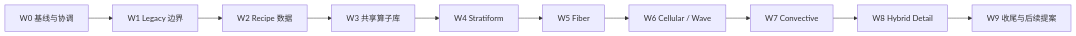
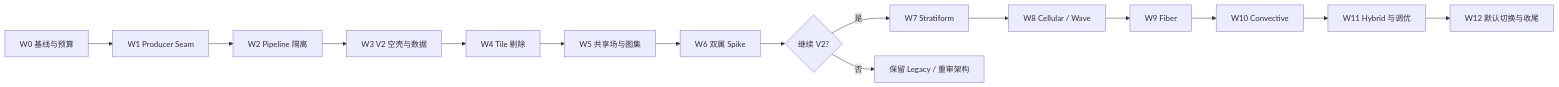
Before and after one commit to Heliostest/procedural-clouds: the second of 2 diagrams in docs/roadmap-refactor.md, drawn with Mermaid. The commit also changed other lines of this file and 12 other files, not shown here.

````diff
--- a/docs/roadmap-refactor.md
+++ b/docs/roadmap-refactor.md
@@ -92,12 +159,17 @@
 ```mermaid
 flowchart LR
-    W0["W0 基线与协调"] --> W1["W1 Legacy 边界"]
-    W1 --> W2["W2 Recipe 数据"]
-    W2 --> W3["W3 共享算子库"]
-    W3 --> W4["W4 Stratiform"]
-    W4 --> W5["W5 Fiber"]
-    W5 --> W6["W6 Cellular / Wave"]
-    W6 --> W7["W7 Convective"]
-    W7 --> W8["W8 Hybrid Detail"]
-    W8 --> W9["W9 收尾与后续提案"]
+    W0["W0 基线与预算"] --> W1["W1 Producer Seam"]
+    W1 --> W2["W2 Pipeline 隔离"]
+    W2 --> W3["W3 V2 空壳与数据"]
+    W3 --> W4["W4 Tile 剔除"]
+    W4 --> W5["W5 共享场与图集"]
+    W5 --> W6["W6 双属 Spike"]
+    W6 --> Gate{"继续 V2?"}
+    Gate -->|是| W7["W7 Stratiform"]
+    Gate -->|否| Stop["保留 Legacy / 重审架构"]
+    W7 --> W8["W8 Cellular / Wave"]
+    W8 --> W9["W9 Fiber"]
+    W9 --> W10["W10 Convective"]
+    W10 --> W11["W11 Hybrid 与调优"]
+    W11 --> W12["W12 默认切换与收尾"]
 ```
````
